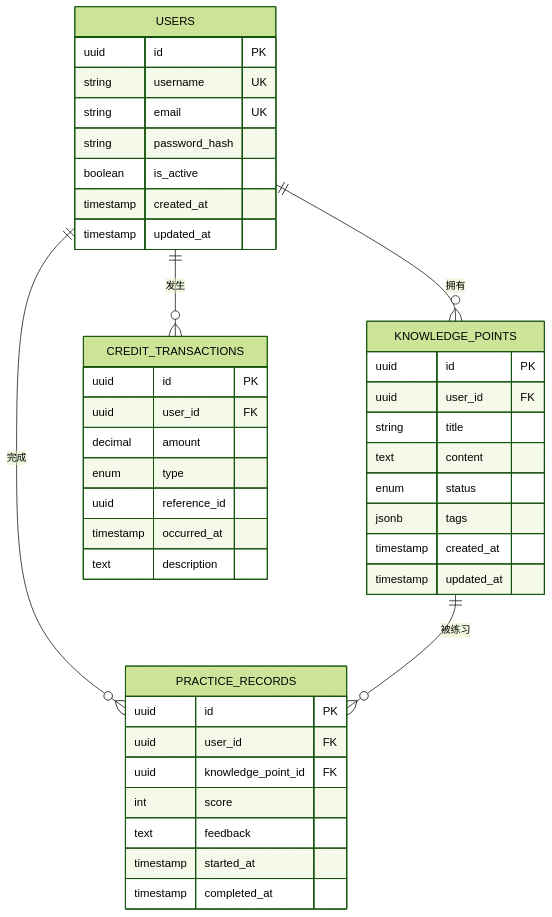
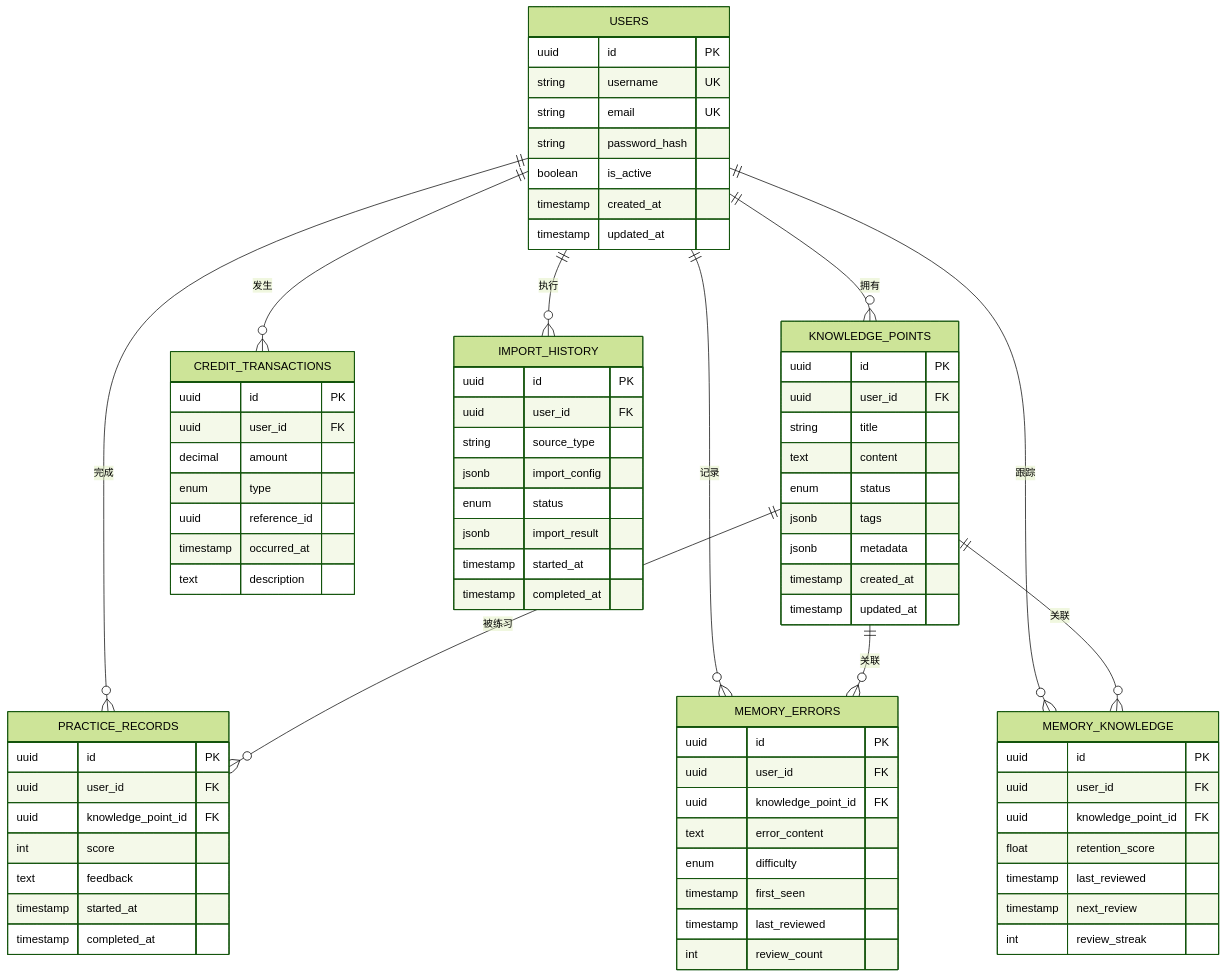
One commit to abokyoy/LectureLearnLoop changed the third of 8 diagrams in .qoder/repowiki/zh/content/数据库设计/数据库设计.md. Above: the diagram before and after it, drawn with Mermaid (forest theme). The commit also changed other lines of this file and 91 other files, not shown here.

````diff
--- a/.qoder/repowiki/zh/content/数据库设计/数据库设计.md
+++ b/.qoder/repowiki/zh/content/数据库设计/数据库设计.md
@@ -164,44 +170,79 @@
 ```mermaid
 erDiagram
 USERS {
 uuid id PK
 string username UK
 string email UK
 string password_hash
 boolean is_active
 timestamp created_at
 timestamp updated_at
 }
 KNOWLEDGE_POINTS {
 uuid id PK
 uuid user_id FK
 string title
 text content
 enum status
 jsonb tags
+jsonb metadata
 timestamp created_at
 timestamp updated_at
 }
 PRACTICE_RECORDS {
 uuid id PK
 uuid user_id FK
 uuid knowledge_point_id FK
 int score
 text feedback
 timestamp started_at
 timestamp completed_at
 }
 CREDIT_TRANSACTIONS {
 uuid id PK
 uuid user_id FK
 decimal amount
 enum type
 uuid reference_id
 timestamp occurred_at
 text description
 }
+MEMORY_ERRORS {
+uuid id PK
+uuid user_id FK
+uuid knowledge_point_id FK
+text error_content
+enum difficulty
+timestamp first_seen
+timestamp last_reviewed
+int review_count
+}
+MEMORY_KNOWLEDGE {
+uuid id PK
+uuid user_id FK
+uuid knowledge_point_id FK
+float retention_score
+timestamp last_reviewed
+timestamp next_review
+int review_streak
+}
+IMPORT_HISTORY {
+uuid id PK
+uuid user_id FK
+string source_type
+jsonb import_config
+enum status
+jsonb import_result
+timestamp started_at
+timestamp completed_at
+}
 USERS ||--o{ KNOWLEDGE_POINTS : "拥有"
 USERS ||--o{ PRACTICE_RECORDS : "完成"
 USERS ||--o{ CREDIT_TRANSACTIONS : "发生"
+USERS ||--o{ MEMORY_ERRORS : "记录"
+USERS ||--o{ MEMORY_KNOWLEDGE : "跟踪"
+USERS ||--o{ IMPORT_HISTORY : "执行"
 KNOWLEDGE_POINTS ||--o{ PRACTICE_RECORDS : "被练习"
+KNOWLEDGE_POINTS ||--o{ MEMORY_ERRORS : "关联"
+KNOWLEDGE_POINTS ||--o{ MEMORY_KNOWLEDGE : "关联"
 ```
````
